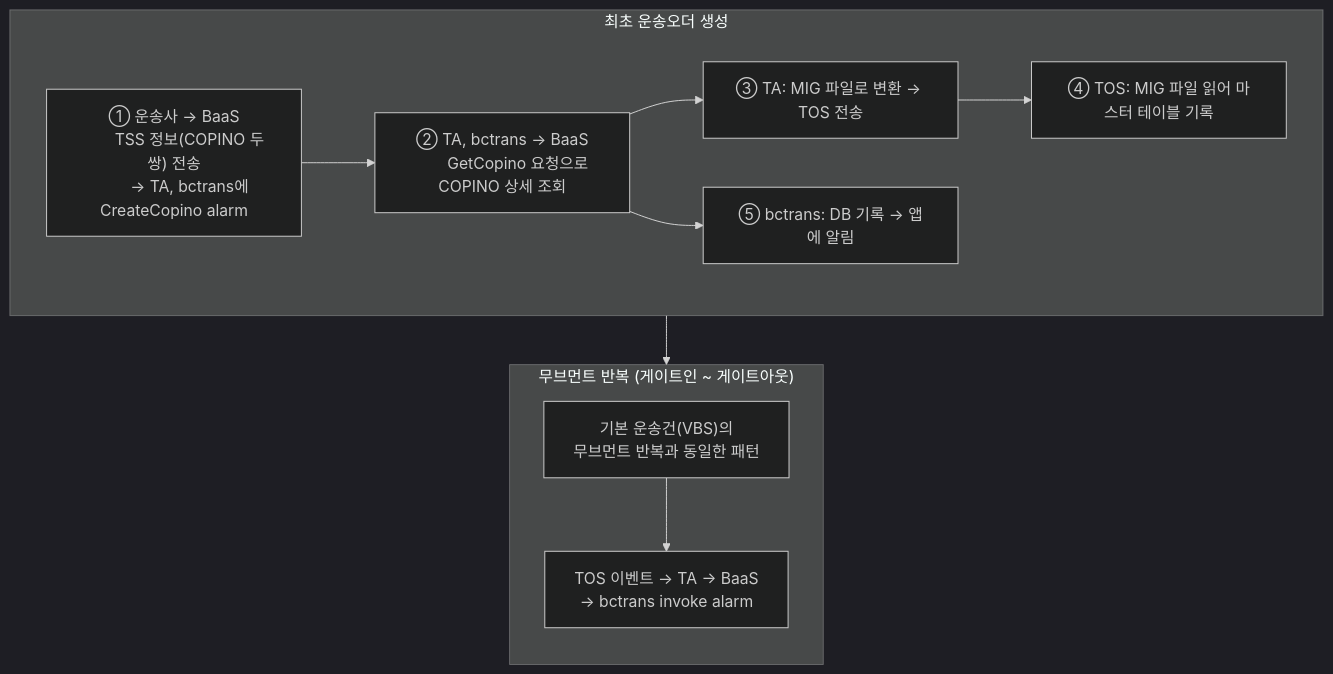
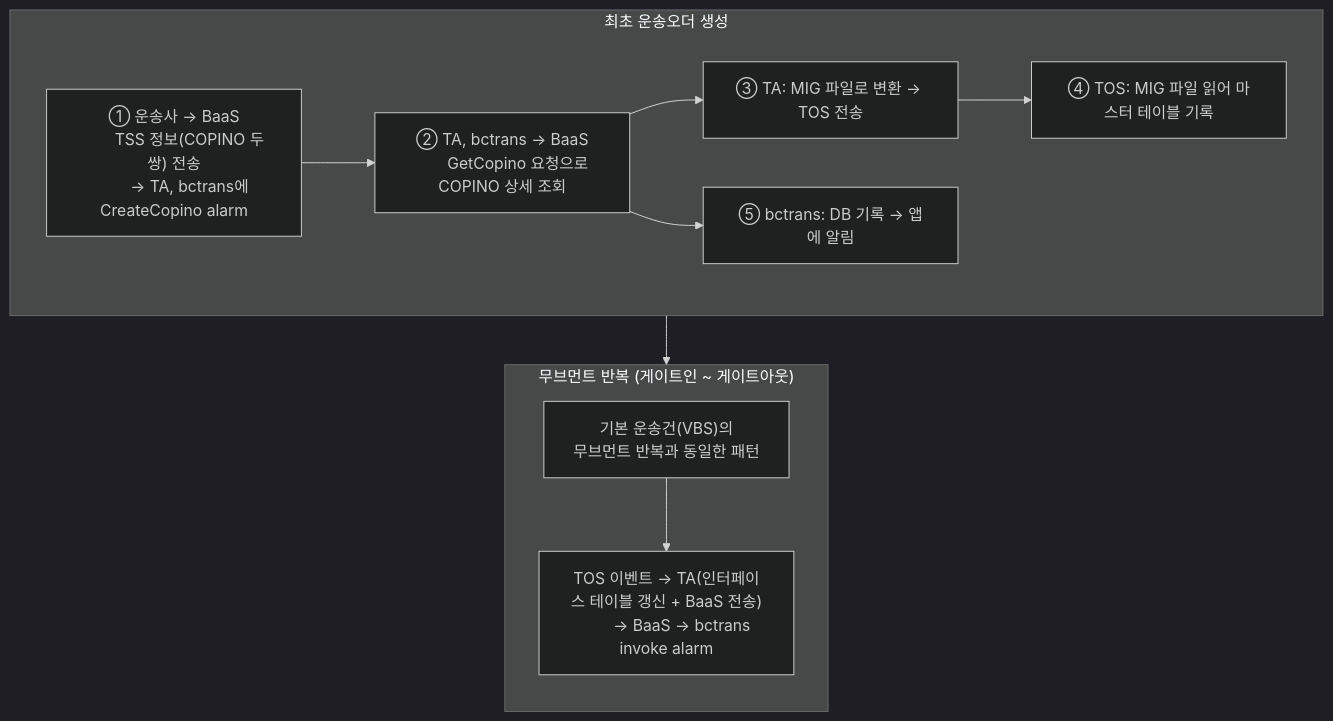
One commit to leedg92/Obsidian changed the second of 3 diagrams in 1. smartm2m/프로세스 정리/전체 흐름/인프라 오버뷰.md. Above: the diagram before and after it, drawn with Mermaid. The commit also changed other lines of this file, not shown here.

````diff
--- a/1. smartm2m/프로세스 정리/전체 흐름/인프라 오버뷰.md
+++ b/1. smartm2m/프로세스 정리/전체 흐름/인프라 오버뷰.md
@@ -100,34 +98,34 @@
 ```mermaid
 ---
 config:
   theme: dark
 ---
 
 flowchart TD
     subgraph 최초["최초 운송오더 생성"]
         B1["① 운송사 → BaaS
         TSS 정보(COPINO 두 쌍) 전송
         → TA, bctrans에 CreateCopino alarm"]
         B2["② TA, bctrans → BaaS
         GetCopino 요청으로 COPINO 상세 조회"]
         B3["③ TA: MIG 파일로 변환 → TOS 전송"]
         B4["④ TOS: MIG 파일 읽어 마스터 테이블 기록"]
         B5["⑤ bctrans: DB 기록 → 앱에 알림"]
 
         B1 --> B2
         B2 --> B3 --> B4
         B2 --> B5
     end
 
     subgraph 무브먼트["무브먼트 반복 (게이트인 ~ 게이트아웃)"]
         direction TB
         N1["기본 운송건(VBS)의
         무브먼트 반복과 동일한 패턴"]
-        N2["TOS 이벤트 → TA → BaaS
-        → bctrans invoke alarm"]
+        N2["TOS 이벤트 → TA(인터페이스 테이블 갱신 + BaaS 전송)
+        → BaaS → bctrans invoke alarm"]
 
         N1 --> N2
     end
 
     최초 --> 무브먼트
 ```
````
